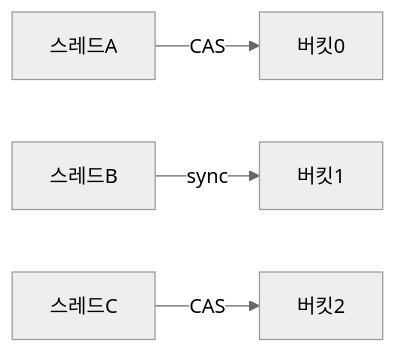
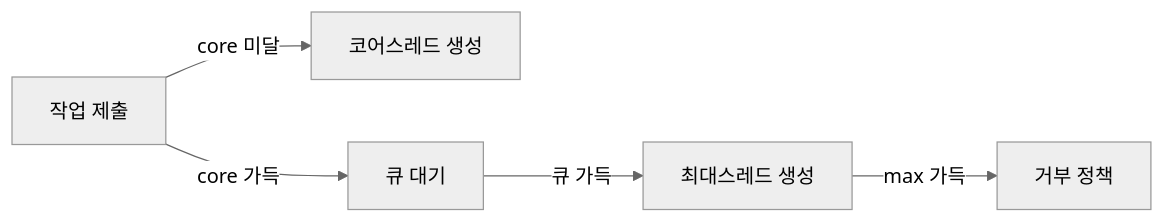
One commit to yjkim2015/yjkim2015.github.io changed the third of 4 diagrams in _posts/java/2026-05-01-java-thread.md. Above: the diagram before and after it, drawn with Mermaid (neutral theme). The commit also changed other lines of this file and 4 other files, not shown here.

````diff
--- a/_posts/java/2026-05-01-java-thread.md
+++ b/_posts/java/2026-05-01-java-thread.md
@@ -1114,6 +543,7 @@
 ```mermaid
 graph LR
-    T1["스레드A"] -->|CAS| B0["버킷0"]
-    T2["스레드B"] -->|sync| B1["버킷1"]
-    T3["스레드C"] -->|CAS| B2["버킷2"]
+    TASK["작업 제출"] -->|core 미달| NEW["코어스레드 생성"]
+    TASK -->|core 가득| QUEUE["큐 대기"]
+    QUEUE -->|큐 가득| MAX["최대스레드 생성"]
+    MAX -->|max 가득| REJECT["거부 정책"]
 ```
````
